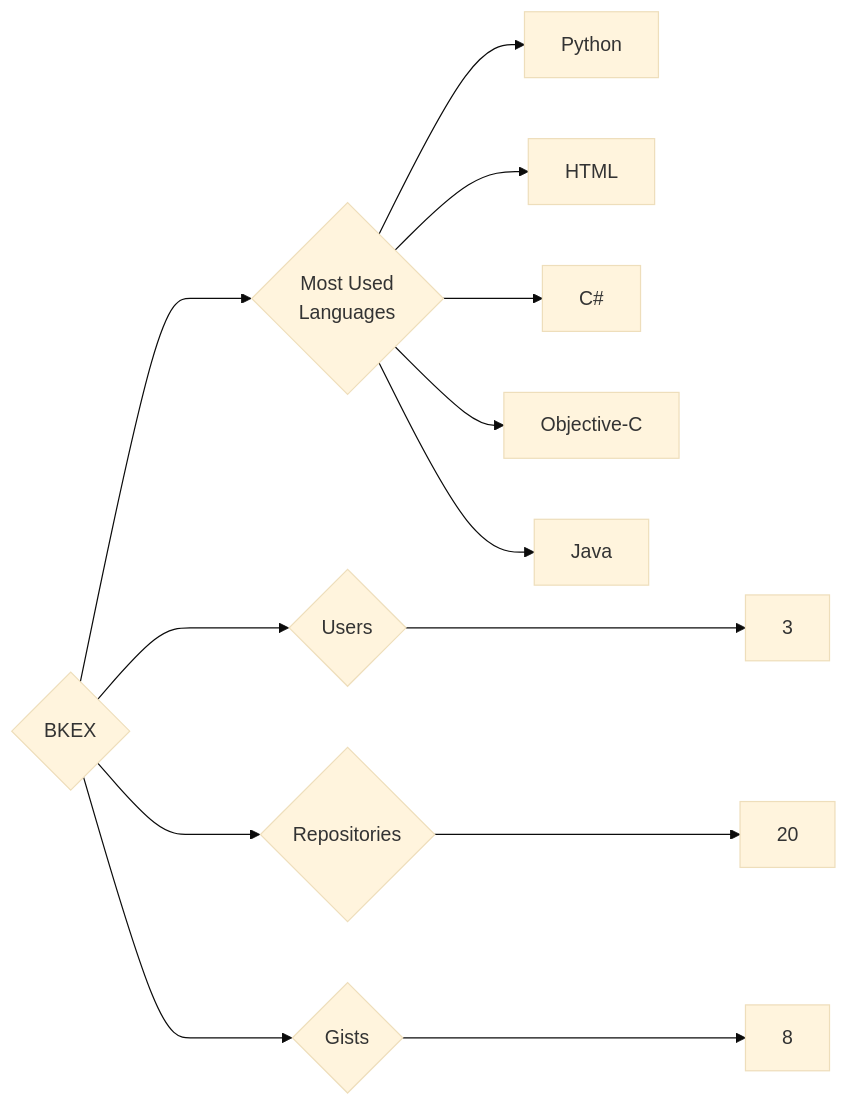
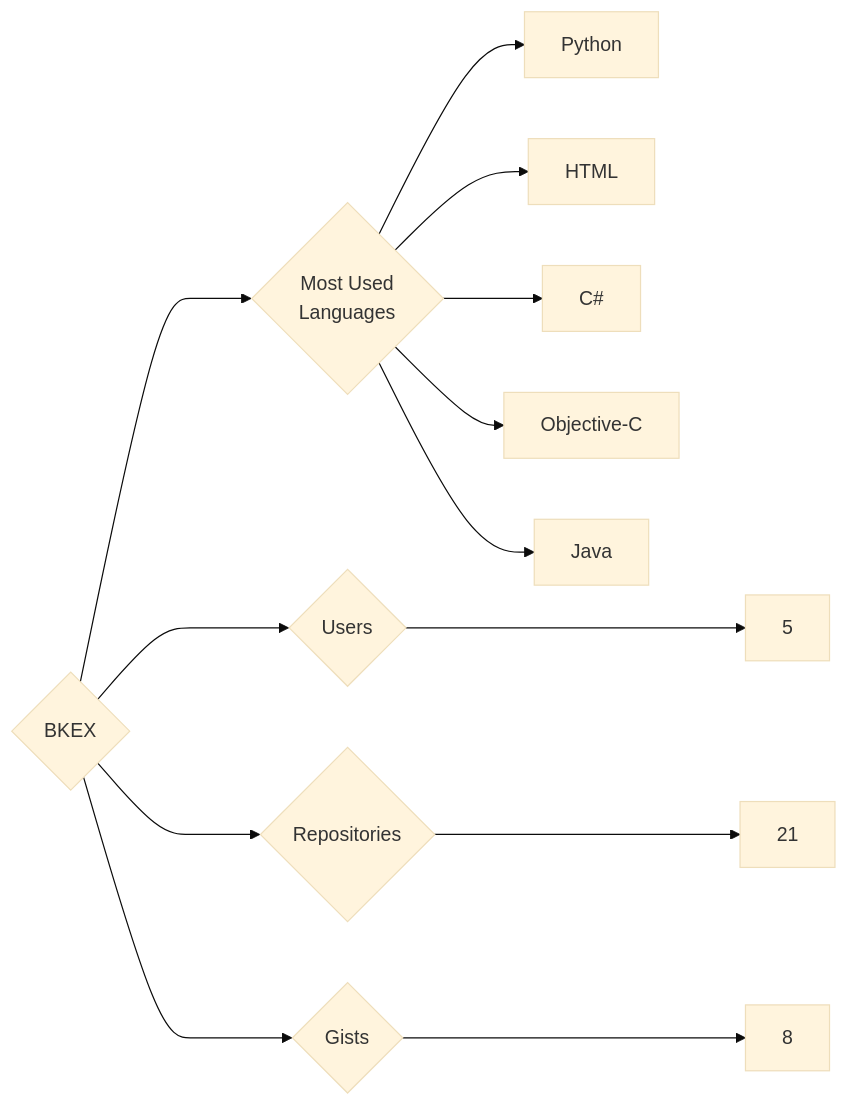
One commit to trickest/insiders changed the diagram in targets/BKEX/README.md. Above: the diagram before and after it, drawn with Mermaid (base theme). The commit also changed 997 other files, not shown here.

````diff
--- a/targets/BKEX/README.md
+++ b/targets/BKEX/README.md
@@ -3,13 +3,13 @@
 ```mermaid
 graph LR
 COMPANY_NAME{BKEX}
-COMPANY_NAME ---> U{Users} ---> UN[3]
-COMPANY_NAME ---> R{Repositories} ---> RN[20]
+COMPANY_NAME ---> U{Users} ---> UN[5]
+COMPANY_NAME ---> R{Repositories} ---> RN[21]
 COMPANY_NAME ---> G{Gists} ---> GN[8]
 COMPANY_NAME ---> ML{Most Used<br>Languages}
 ML --> Python[Python]
 ML --> HTML[HTML]
 ML --> C#[C#]
 ML --> Objective-C[Objective-C]
 ML --> Java[Java]
 ```
````
